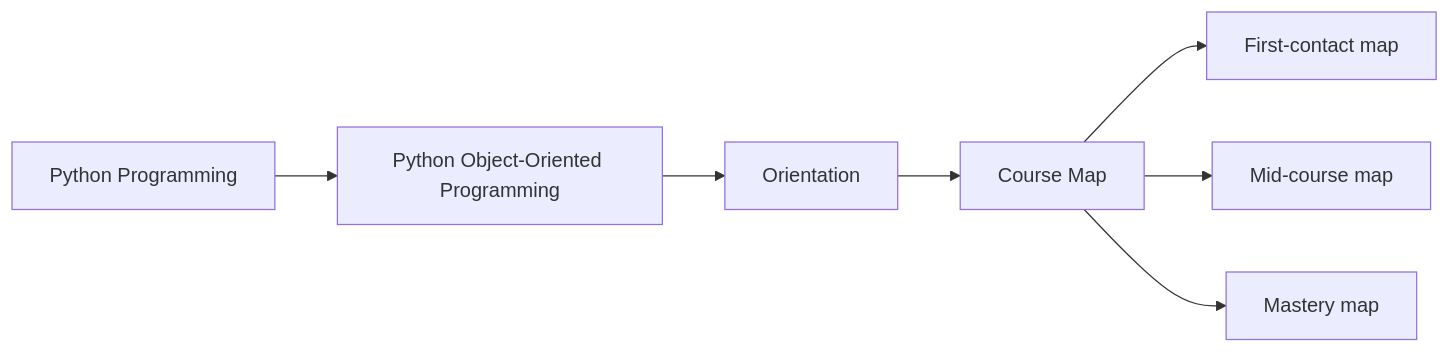
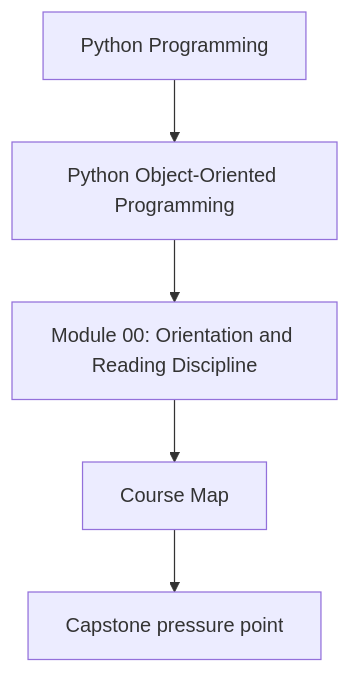
The first of 2 diagrams in programs/python-programming/python-object-oriented-programming/course-book/module-00-orientation/course-map.md (bijux/bijux-masterclass), drawn with Mermaid before and after one commit. The commit also changed other lines of this file and 107 other files, not shown here.

Commit message:
docs(python-object-oriented-programming): align concept page diagrams

````diff
--- a/programs/python-programming/python-object-oriented-programming/course-book/module-00-orientation/course-map.md
+++ b/programs/python-programming/python-object-oriented-programming/course-book/module-00-orientation/course-map.md
@@ -6,15 +6,7 @@
 ```mermaid
-graph LR
-  family["Python Programming"]
-  program["Python Object-Oriented Programming"]
-  section["Orientation"]
-  page["Course Map"]
-  first["First-contact map"]
-  middle["Mid-course map"]
-  mastery["Mastery map"]
-
-  family --> program --> section --> page
-  page --> first
-  page --> middle
-  page --> mastery
+flowchart TD
+  family["Python Programming"] --> program["Python Object-Oriented Programming"]
+  program --> module["Module 00: Orientation and Reading Discipline"]
+  module --> concept["Course Map"]
+  concept --> capstone["Capstone pressure point"]
 ```
````
